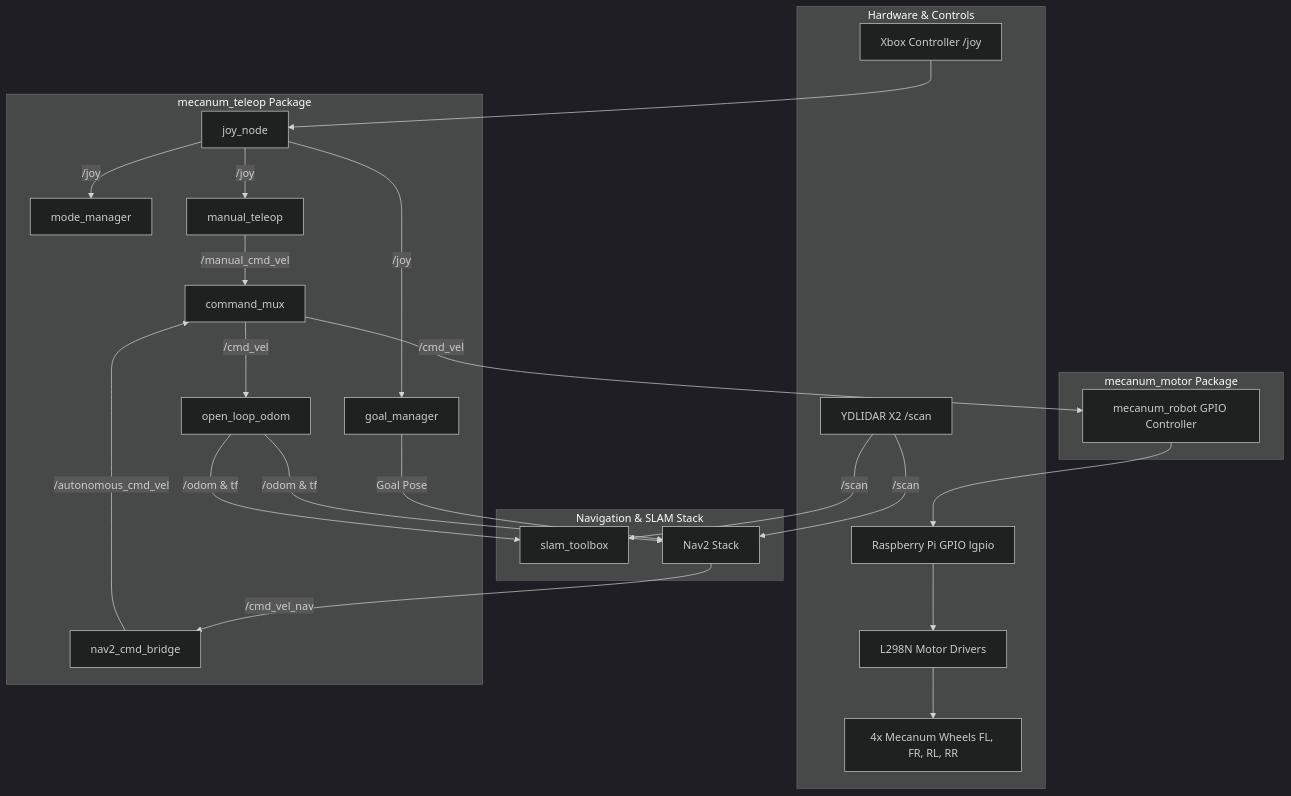
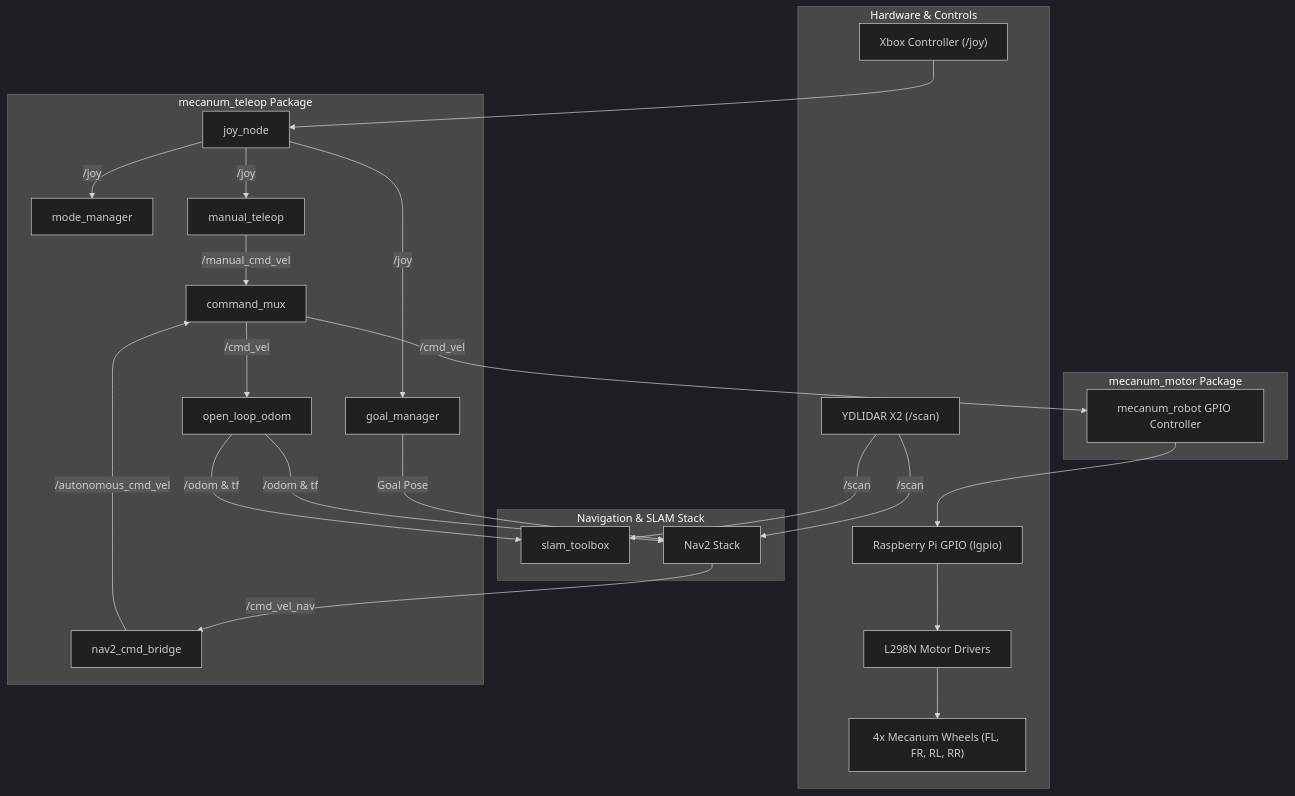
One commit to Hemanth-08-RA/AMR-SIH changed the diagram in README.md. Above: the diagram before and after it, drawn with Mermaid (dark theme).

Commit message:
Fix GitHub Mermaid diagram rendering syntax

````diff
--- a/README.md
+++ b/README.md
@@ -11,48 +11,50 @@
 ```mermaid
 graph TD
-    subgraph Hardware & Controls
-        JOY[Xbox Controller /joy]
-        LIDAR[YDLIDAR X2 /scan]
-        GPIO[Raspberry Pi GPIO lgpio]
-        L298N[L298N Motor Drivers]
-        MOTORS[4x Mecanum Wheels FL, FR, RL, RR]
+    subgraph HW ["Hardware & Controls"]
+        JOY["Xbox Controller (/joy)"]
+        LIDAR["YDLIDAR X2 (/scan)"]
+        GPIO["Raspberry Pi GPIO (lgpio)"]
+        L298N["L298N Motor Drivers"]
+        MOTORS["4x Mecanum Wheels (FL, FR, RL, RR)"]
     end
 
-    subgraph mecanum_teleop Package
-        JOY_NODE[joy_node]
-        MODE_MGR[mode_manager]
-        MAN_TELEOP[manual_teleop]
-        GOAL_MGR[goal_manager]
-        CMD_MUX[command_mux]
-        NAV_BRIDGE[nav2_cmd_bridge]
-        ODOM_NODE[open_loop_odom]
+    subgraph TELEOP ["mecanum_teleop Package"]
+        JOY_NODE["joy_node"]
+        MODE_MGR["mode_manager"]
+        MAN_TELEOP["manual_teleop"]
+        GOAL_MGR["goal_manager"]
+        CMD_MUX["command_mux"]
+        NAV_BRIDGE["nav2_cmd_bridge"]
+        ODOM_NODE["open_loop_odom"]
     end
 
-    subgraph Navigation & SLAM Stack
-        SLAM[slam_toolbox]
-        NAV2[Nav2 Stack]
+    subgraph NAV ["Navigation & SLAM Stack"]
+        SLAM["slam_toolbox"]
+        NAV2["Nav2 Stack"]
     end
 
-    subgraph mecanum_motor Package
-        MOTOR_NODE[mecanum_robot GPIO Controller]
+    subgraph MOTOR ["mecanum_motor Package"]
+        MOTOR_NODE["mecanum_robot GPIO Controller"]
     end
 
     JOY --> JOY_NODE
     JOY_NODE -->|/joy| MODE_MGR
     JOY_NODE -->|/joy| MAN_TELEOP
     JOY_NODE -->|/joy| GOAL_MGR
 
     MAN_TELEOP -->|/manual_cmd_vel| CMD_MUX
     GOAL_MGR -->|Goal Pose| NAV2
     NAV2 -->|/cmd_vel_nav| NAV_BRIDGE
     NAV_BRIDGE -->|/autonomous_cmd_vel| CMD_MUX
 
     CMD_MUX -->|/cmd_vel| MOTOR_NODE
-    MOTOR_NODE --> GPIO --> L298N --> MOTORS
+    MOTOR_NODE --> GPIO
+    GPIO --> L298N
+    L298N --> MOTORS
 
     LIDAR -->|/scan| SLAM
     LIDAR -->|/scan| NAV2
     CMD_MUX -->|/cmd_vel| ODOM_NODE
     ODOM_NODE -->|/odom & tf| SLAM
     ODOM_NODE -->|/odom & tf| NAV2
 ```
````
